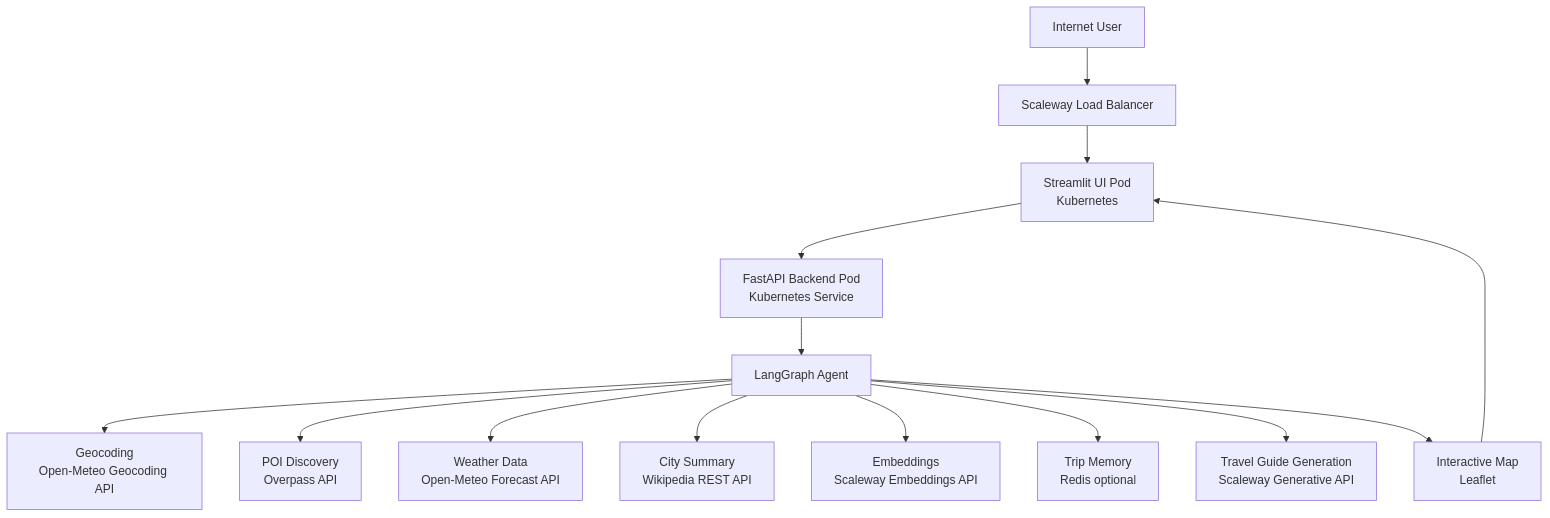
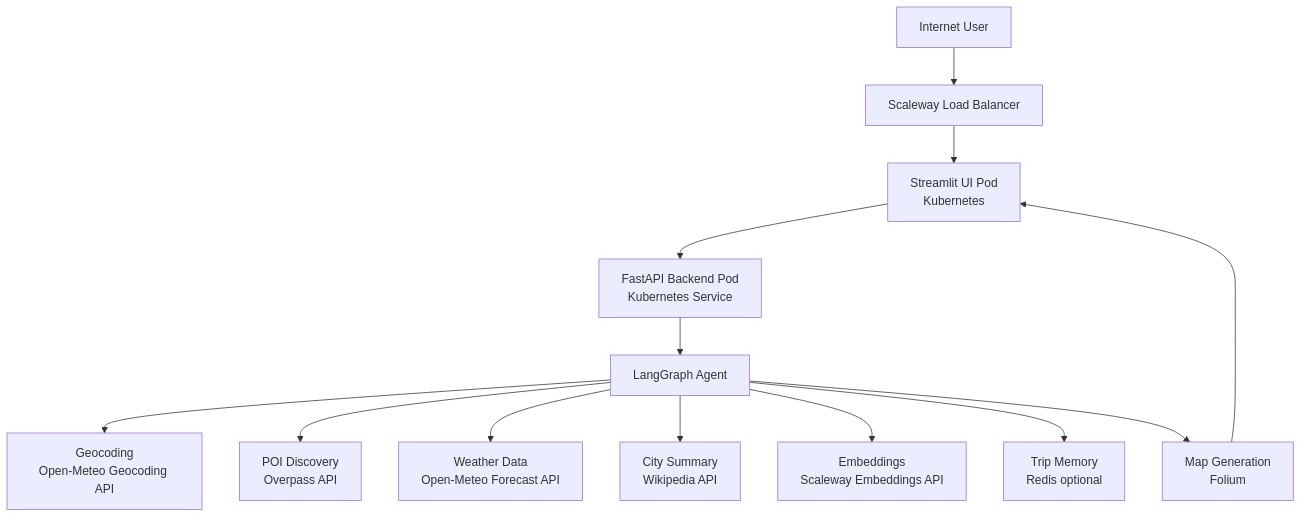
The diagram in readme.md (JWangSCW/personal_assistant), drawn with Mermaid before and after one commit. The commit also changed other lines of this file, not shown here.

````diff
--- a/readme.md
+++ b/readme.md
@@ -40,31 +40,29 @@
 ``` mermaid
 flowchart TD
 
     USER[Internet User]
 
     USER --> LB[Scaleway Load Balancer]
 
     LB --> UI[Streamlit UI Pod<br>Kubernetes]
 
     UI --> API[FastAPI Backend Pod<br>Kubernetes Service]
 
     API --> AGENT[LangGraph Agent]
 
     AGENT --> GEO[Geocoding<br>Open-Meteo Geocoding API]
 
     AGENT --> POI[POI Discovery<br>Overpass API]
 
     AGENT --> WEATHER[Weather Data<br>Open-Meteo Forecast API]
 
-    AGENT --> WIKI[City Summary<br>Wikipedia REST API]
+    AGENT --> WIKI[City Summary<br>Wikipedia API]
 
     AGENT --> EMB[Embeddings<br>Scaleway Embeddings API]
 
     AGENT --> MEM[Trip Memory<br>Redis optional]
 
-    AGENT --> LLM[Travel Guide Generation<br>Scaleway Generative API]
-
-    AGENT --> MAP[Interactive Map<br>Leaflet]
+    AGENT --> MAP[Map Generation<br>Folium]
 
     MAP --> UI
 ```
````
